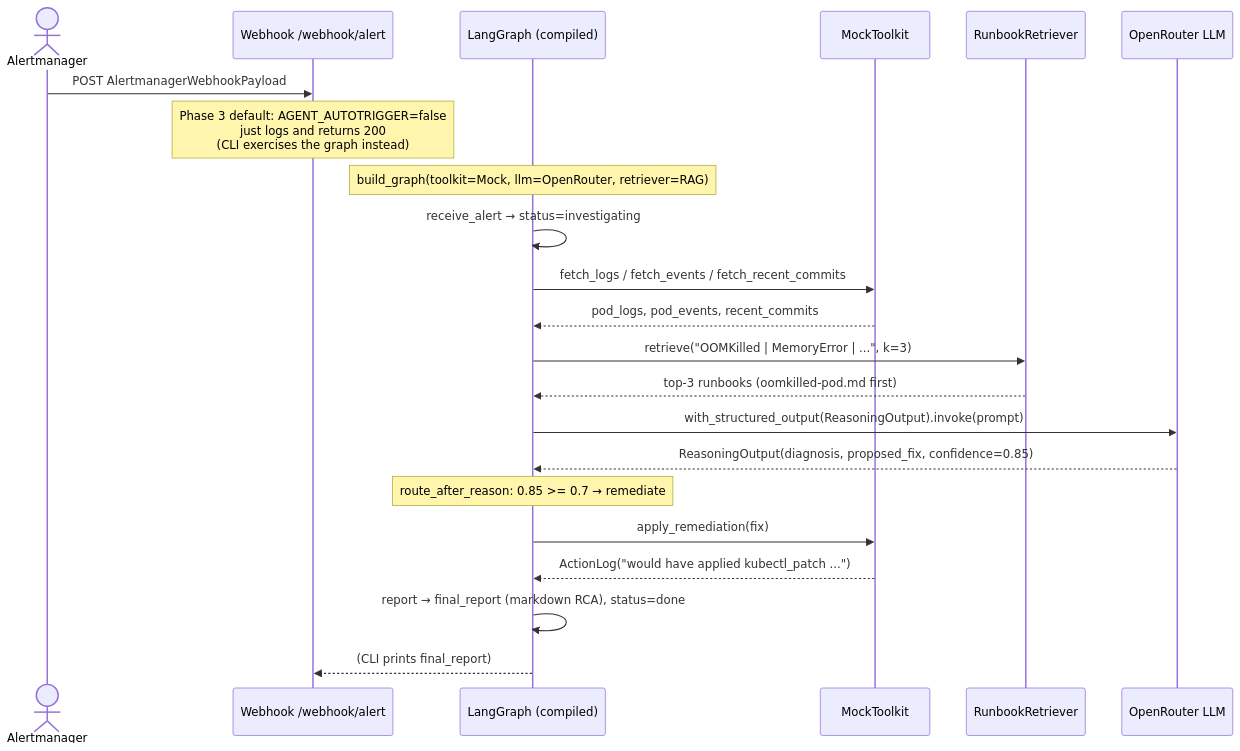
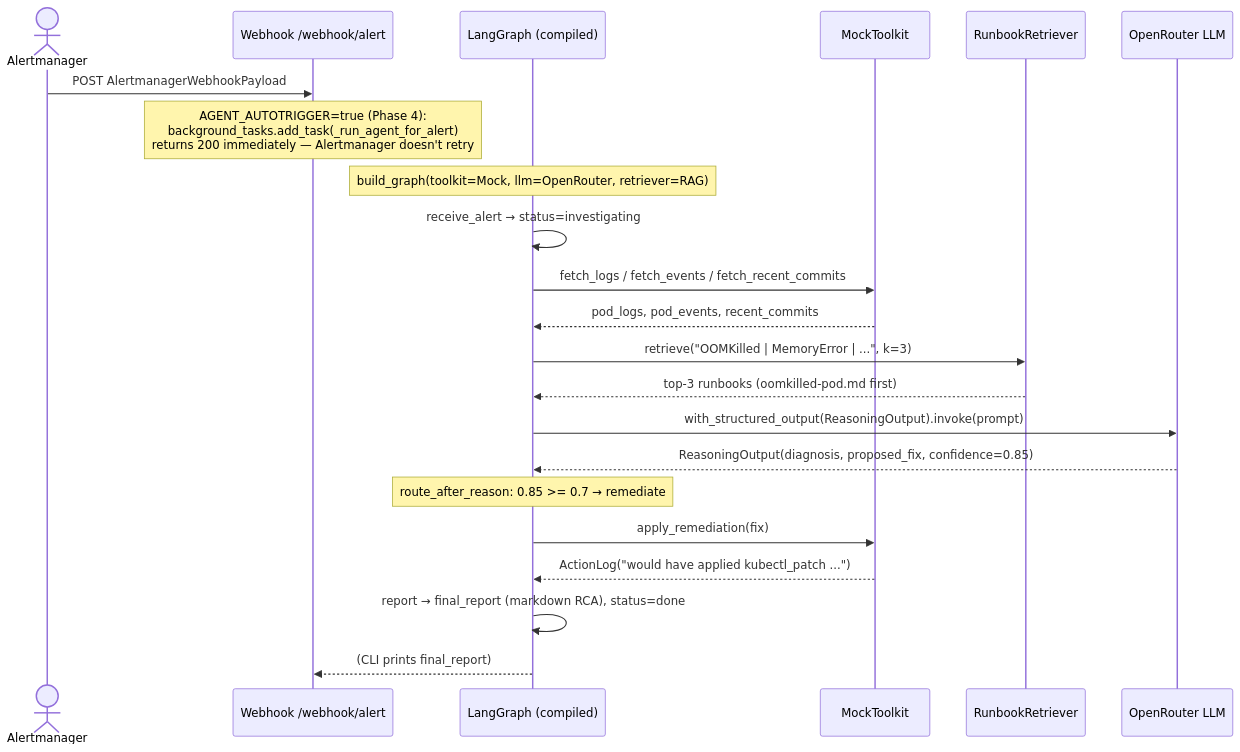
The second of 2 diagrams in docs/agent-architecture.md (vivekanjana76/kubesentinel), drawn with Mermaid before and after one commit. The commit also changed other lines of this file and 24 other files, not shown here.

First line of the commit message:
feat: Phase 4 real tools — K8s/GitHub/Slack integrations, safety guards, dry-run mode (#8)

````diff
--- a/docs/agent-architecture.md
+++ b/docs/agent-architecture.md
@@ -183,27 +224,27 @@
 ```mermaid
 sequenceDiagram
     actor Alert as Alertmanager
     participant WH as Webhook /webhook/alert
     participant G as LangGraph (compiled)
     participant T as MockToolkit
     participant R as RunbookRetriever
     participant L as OpenRouter LLM
 
     Alert->>WH: POST AlertmanagerWebhookPayload
-    Note over WH: Phase 3 default: AGENT_AUTOTRIGGER=false<br/>just logs and returns 200<br/>(CLI exercises the graph instead)
+    Note over WH: AGENT_AUTOTRIGGER=true (Phase 4):<br/>background_tasks.add_task(_run_agent_for_alert)<br/>returns 200 immediately — Alertmanager doesn't retry
 
     Note over G: build_graph(toolkit=Mock, llm=OpenRouter, retriever=RAG)
 
     G->>G: receive_alert  → status=investigating
     G->>T: fetch_logs / fetch_events / fetch_recent_commits
     T-->>G: pod_logs, pod_events, recent_commits
     G->>R: retrieve("OOMKilled | MemoryError | ...", k=3)
     R-->>G: top-3 runbooks (oomkilled-pod.md first)
     G->>L: with_structured_output(ReasoningOutput).invoke(prompt)
     L-->>G: ReasoningOutput(diagnosis, proposed_fix, confidence=0.85)
     Note over G: route_after_reason: 0.85 >= 0.7 → remediate
     G->>T: apply_remediation(fix)
     T-->>G: ActionLog("would have applied kubectl_patch ...")
     G->>G: report  → final_report (markdown RCA), status=done
     G-->>WH: (CLI prints final_report)
 ```
````
